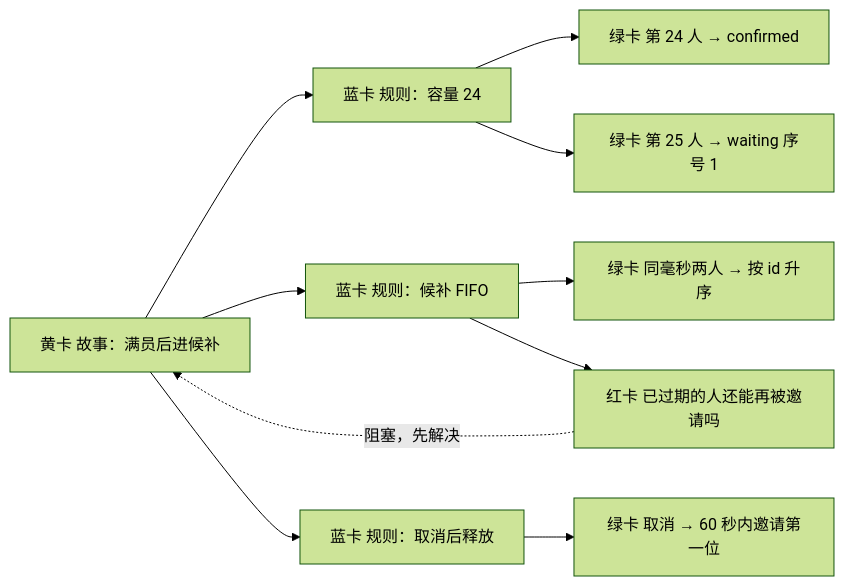
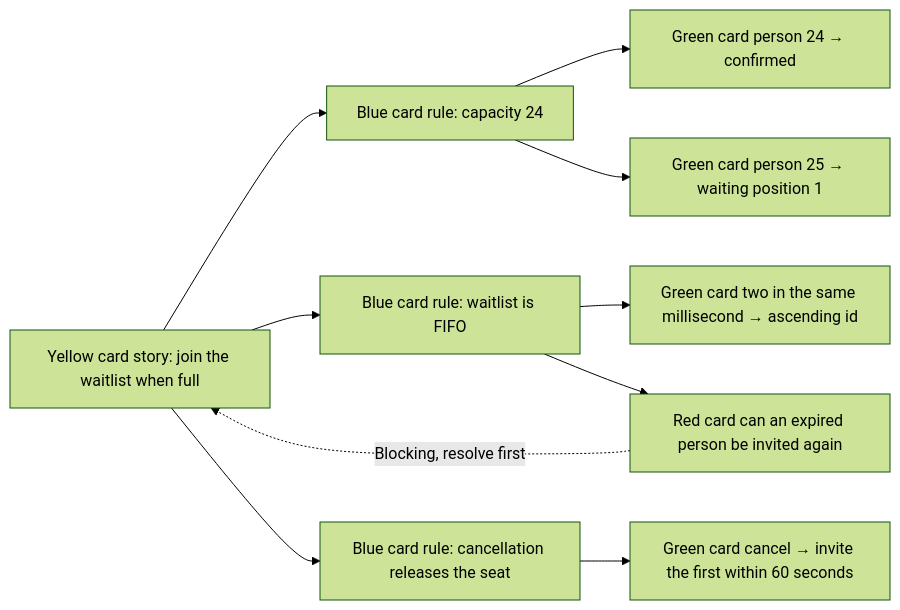
One commit to xzlxiao/vibe-coding-textbook changed the first of 2 diagrams in phase2/chapters/ch04-examples.md. Above: the diagram before and after it, drawn with Mermaid (forest theme). The commit also changed other lines of this file and 15 other files, not shown here.

````diff
--- a/phase2/chapters/ch04-examples.md
+++ b/phase2/chapters/ch04-examples.md
@@ -66,12 +66,12 @@
 ```mermaid
 flowchart LR
-    S["黄卡 故事：满员后进候补"] --> R1["蓝卡 规则：容量 24"]
-    S --> R2["蓝卡 规则：候补 FIFO"]
-    S --> R3["蓝卡 规则：取消后释放"]
-    R1 --> E1["绿卡 第 24 人 → confirmed"]
-    R1 --> E2["绿卡 第 25 人 → waiting 序号 1"]
-    R2 --> E3["绿卡 同毫秒两人 → 按 id 升序"]
-    R3 --> E4["绿卡 取消 → 60 秒内邀请第一位"]
-    R2 --> Q1["红卡 已过期的人还能再被邀请吗"]
-    Q1 -.->|"阻塞，先解决"| S
+    S["Yellow card story: join the waitlist when full"] --> R1["Blue card rule: capacity 24"]
+    S --> R2["Blue card rule: waitlist is FIFO"]
+    S --> R3["Blue card rule: cancellation releases the seat"]
+    R1 --> E1["Green card person 24 → confirmed"]
+    R1 --> E2["Green card person 25 → waiting position 1"]
+    R2 --> E3["Green card two in the same millisecond → ascending id"]
+    R3 --> E4["Green card cancel → invite the first within 60 seconds"]
+    R2 --> Q1["Red card can an expired person be invited again"]
+    Q1 -.->|"Blocking, resolve first"| S
 ```
````
